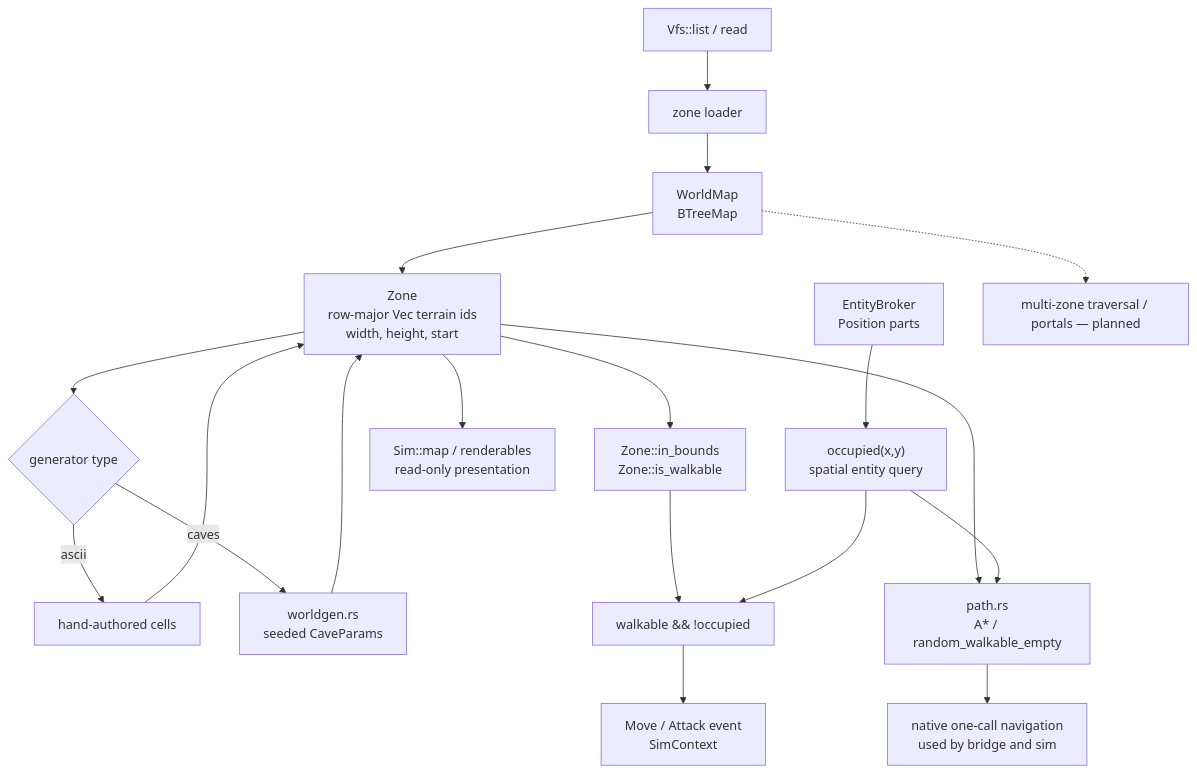
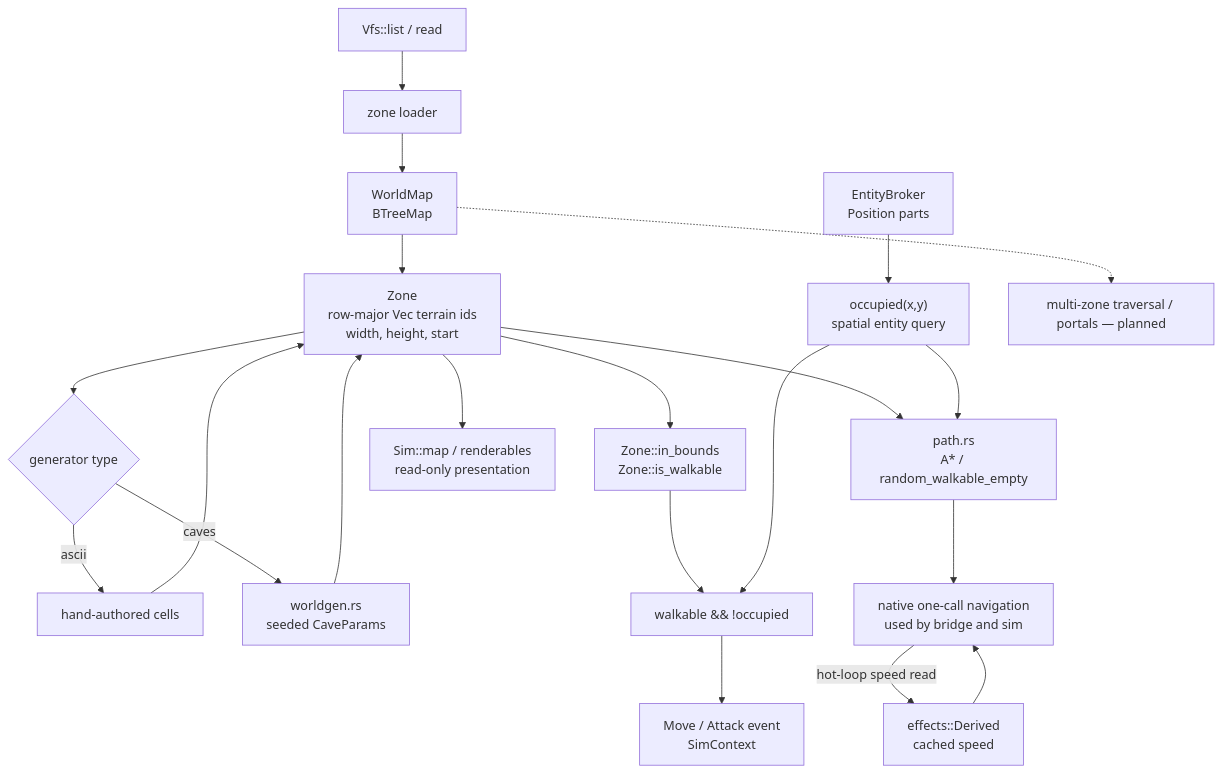
The diagram in docs/design/world.md (jffjs-hermes/tessera), drawn with Mermaid before and after one commit. The commit also changed other lines of this file and 8 other files, not shown here.

Commit message:
docs: close S1 and refresh design diagrams

````diff
--- a/docs/design/world.md
+++ b/docs/design/world.md
@@ -5,21 +5,23 @@
 ```mermaid
 flowchart TD
     Vfs["Vfs::list / read"] --> Loader["zone loader"]
     Loader --> WorldMap["WorldMap\nBTreeMap<id, Zone>"]
     WorldMap --> Zone["Zone\nrow-major Vec terrain ids\nwidth, height, start"]
     Zone --> Gen{generator type}
     Gen -->|ascii| Cells["hand-authored cells"]
     Gen -->|caves| Worldgen["worldgen.rs\nseeded CaveParams"]
     Cells --> Zone
     Worldgen --> Zone
     Zone --> Queries["Zone::in_bounds\nZone::is_walkable"]
     Broker["EntityBroker\nPosition parts"] --> Occupied["occupied(x,y)\nspatial entity query"]
     Queries --> MoveTarget["walkable && !occupied"]
     Occupied --> MoveTarget
     MoveTarget --> Events["Move / Attack event\nSimContext"]
     Zone --> Path["path.rs\nA* / random_walkable_empty"]
     Occupied --> Path
     Path --> Native["native one-call navigation\nused by bridge and sim"]
+    Derived["effects::Derived\ncached speed"] --> Native
+    Native -->|hot-loop speed read| Derived
     Zone --> Render["Sim::map / renderables\nread-only presentation"]
     WorldMap -.-> Planned["multi-zone traversal / portals — planned"]
 ```
````
